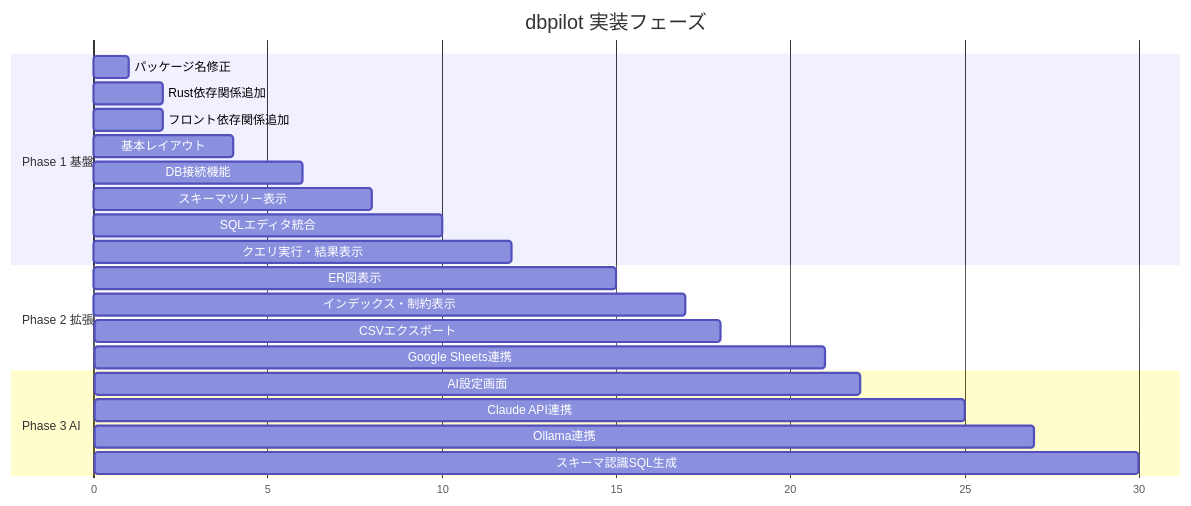
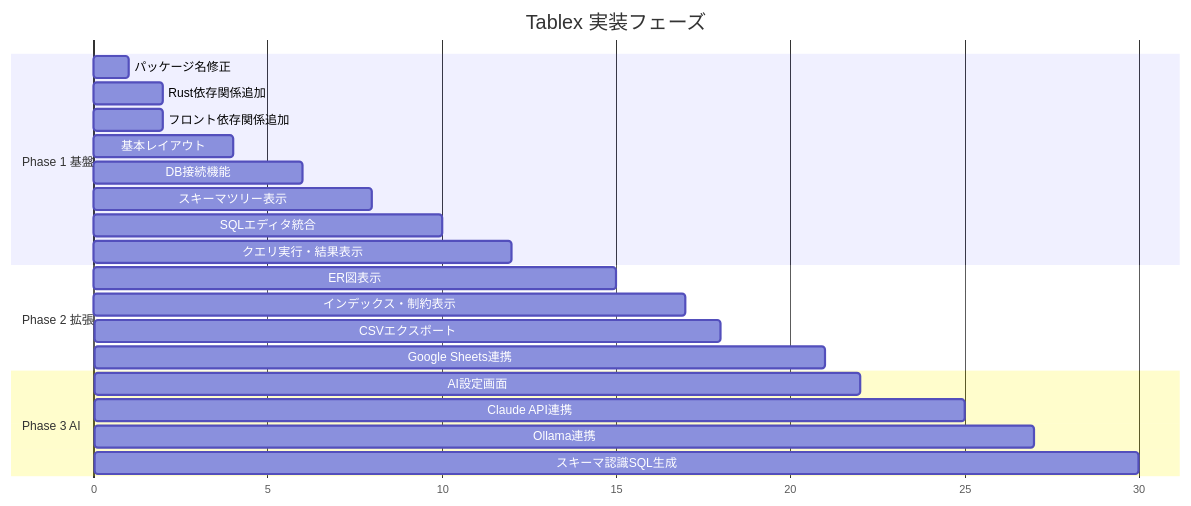
The sixth of 6 diagrams in docs/DESIGN.md (nakayamaryo0731/dbpilot), drawn with Mermaid before and after one commit. The commit also changed other lines of this file and 8 other files, not shown here.

First line of the commit message:
refactor: rename product from dbpilot to Tablex

````diff
--- a/docs/DESIGN.md
+++ b/docs/DESIGN.md
@@ -721,28 +721,28 @@
 ```mermaid
 gantt
-    title dbpilot 実装フェーズ
+    title Tablex 実装フェーズ
     dateFormat X
     axisFormat %s
 
     section Phase 1 基盤
     パッケージ名修正           :p1-1, 0, 1
     Rust依存関係追加          :p1-2, 1, 2
     フロント依存関係追加       :p1-3, 1, 2
     基本レイアウト            :p1-4, 2, 4
     DB接続機能               :p1-5, 4, 6
     スキーマツリー表示        :p1-6, 6, 8
     SQLエディタ統合          :p1-7, 8, 10
     クエリ実行・結果表示       :p1-8, 10, 12
 
     section Phase 2 拡張
     ER図表示                :p2-1, 12, 15
     インデックス・制約表示    :p2-2, 15, 17
     CSVエクスポート          :p2-3, 17, 18
     Google Sheets連携        :p2-4, 18, 21
 
     section Phase 3 AI
     AI設定画面              :p3-1, 21, 22
     Claude API連携          :p3-2, 22, 25
     Ollama連携              :p3-3, 25, 27
     スキーマ認識SQL生成      :p3-4, 27, 30
 ```
````
